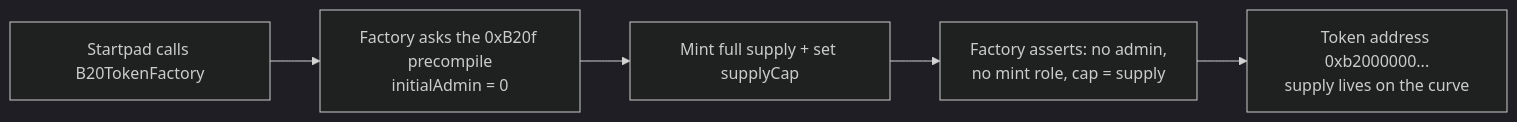
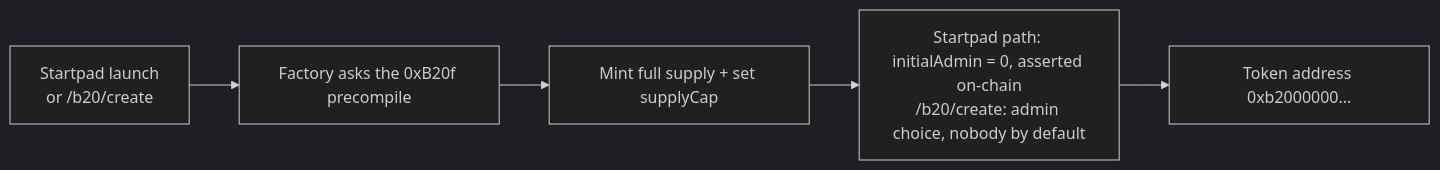
The diagram in app/Docs/_content/b20.md (Story91/mysphere), drawn with Mermaid (dark theme) before and after one commit. The commit also changed other lines of this file and 16 other files, not shown here.

````diff
--- a/app/Docs/_content/b20.md
+++ b/app/Docs/_content/b20.md
@@ -29,7 +34,7 @@
 ```mermaid
 flowchart LR
-    A["Startpad calls B20TokenFactory"] --> B["Factory asks the 0xB20f precompile<br/>initialAdmin = 0"]
+    A["Startpad launch<br/>or /b20/create"] --> B["Factory asks the 0xB20f precompile"]
     B --> C["Mint full supply + set supplyCap"]
-    C --> D["Factory asserts: no admin,<br/>no mint role, cap = supply"]
-    D --> E["Token address 0xb2000000...<br/>supply lives on the curve"]
+    C --> D["Startpad path: initialAdmin = 0, asserted on-chain<br/>/b20/create: admin choice, nobody by default"]
+    D --> E["Token address 0xb2000000..."]
 ```
````
